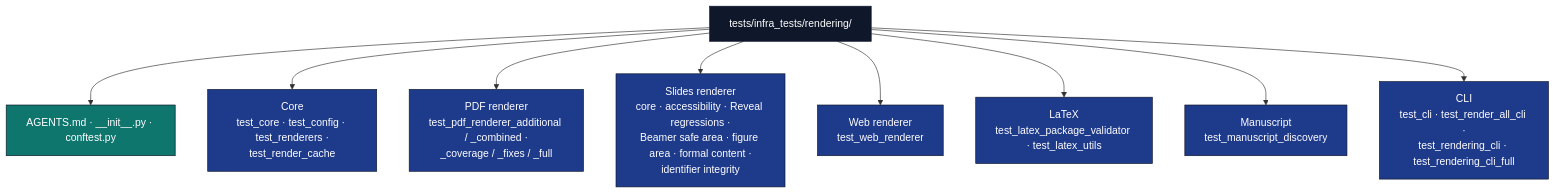
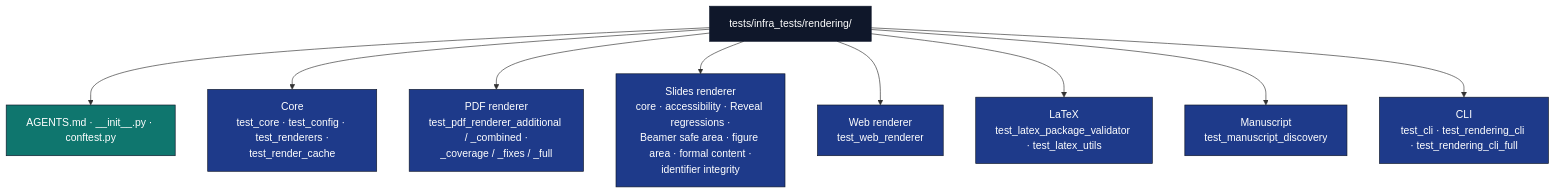
One commit to docxology/template changed the diagram in tests/infra_tests/rendering/AGENTS.md. Above: the diagram before and after it, drawn with Mermaid. The commit also changed 422 other files, not shown here.

````diff
--- a/tests/infra_tests/rendering/AGENTS.md
+++ b/tests/infra_tests/rendering/AGENTS.md
@@ -9,19 +9,19 @@
 ```mermaid
 flowchart TB
     T[tests/infra_tests/rendering/]
     T --> META[AGENTS.md · __init__.py · conftest.py]
     T --> CORE[Core<br/>test_core · test_config · test_renderers ·<br/>test_render_cache]
     T --> PDF[PDF renderer<br/>test_pdf_renderer_additional / _combined ·<br/>_coverage / _fixes / _full]
     T --> SLIDES[Slides renderer<br/>core · accessibility · Reveal regressions ·<br/>Beamer safe area · figure area · formal content ·<br/>identifier integrity]
     T --> WEB[Web renderer<br/>test_web_renderer]
     T --> LATEX[LaTeX<br/>test_latex_package_validator · test_latex_utils]
     T --> MAN[Manuscript<br/>test_manuscript_discovery]
-    T --> CLI[CLI<br/>test_cli · test_render_all_cli ·<br/>test_rendering_cli · test_rendering_cli_full]
+    T --> CLI[CLI<br/>test_cli · test_rendering_cli · test_rendering_cli_full]
 
     classDef d fill:#0f172a,stroke:#0f172a,color:#fff
     classDef cat fill:#1e3a8a,stroke:#0f172a,color:#fff
     classDef doc fill:#0f766e,stroke:#0f172a,color:#fff
     class T d
     class CORE,PDF,SLIDES,WEB,LATEX,MAN,CLI cat
     class META doc
 ```
````
